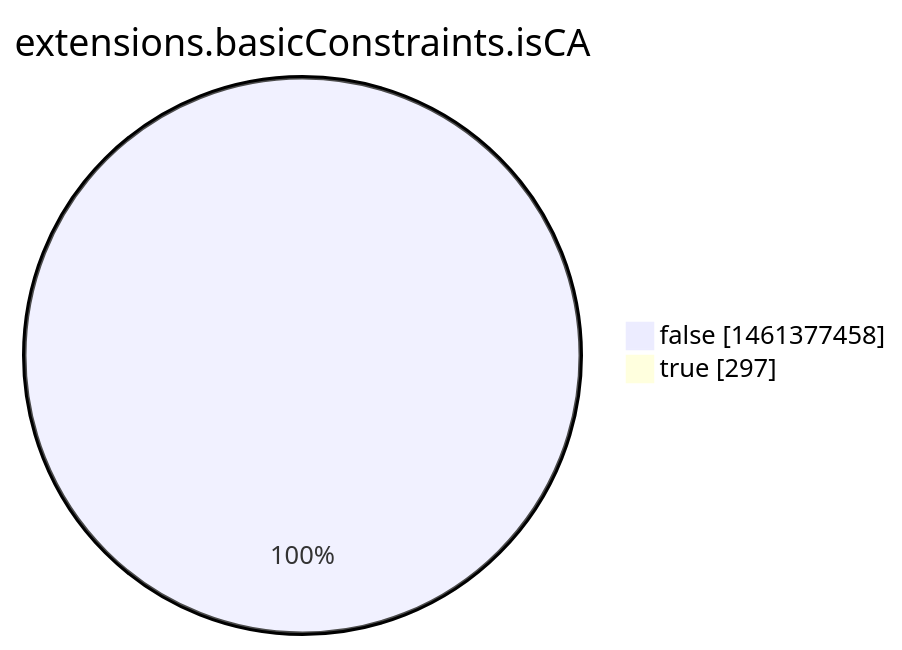
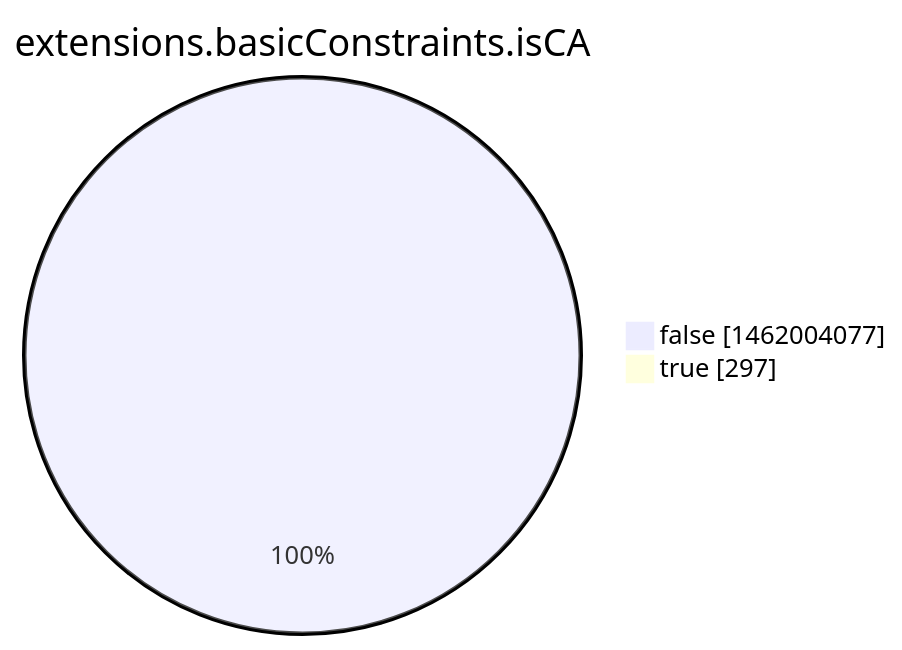
One commit to christiankrug/ctmonitor_visualization changed the eighth of 15 diagrams in argon2022/README.md. Above: the diagram before and after it, drawn with Mermaid. The commit also changed other lines of this file, not shown here.

````diff
--- a/argon2022/README.md
+++ b/argon2022/README.md
@@ -2760,6 +2760,6 @@
 ```mermaid
 pie showData
 title extensions.basicConstraints.isCA
-"false" :1461377458
+"false" :1462004077
 "true" :297
 ```
````
